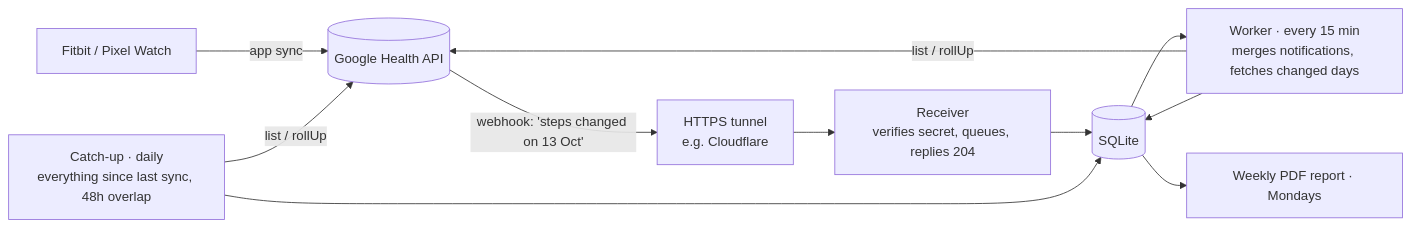
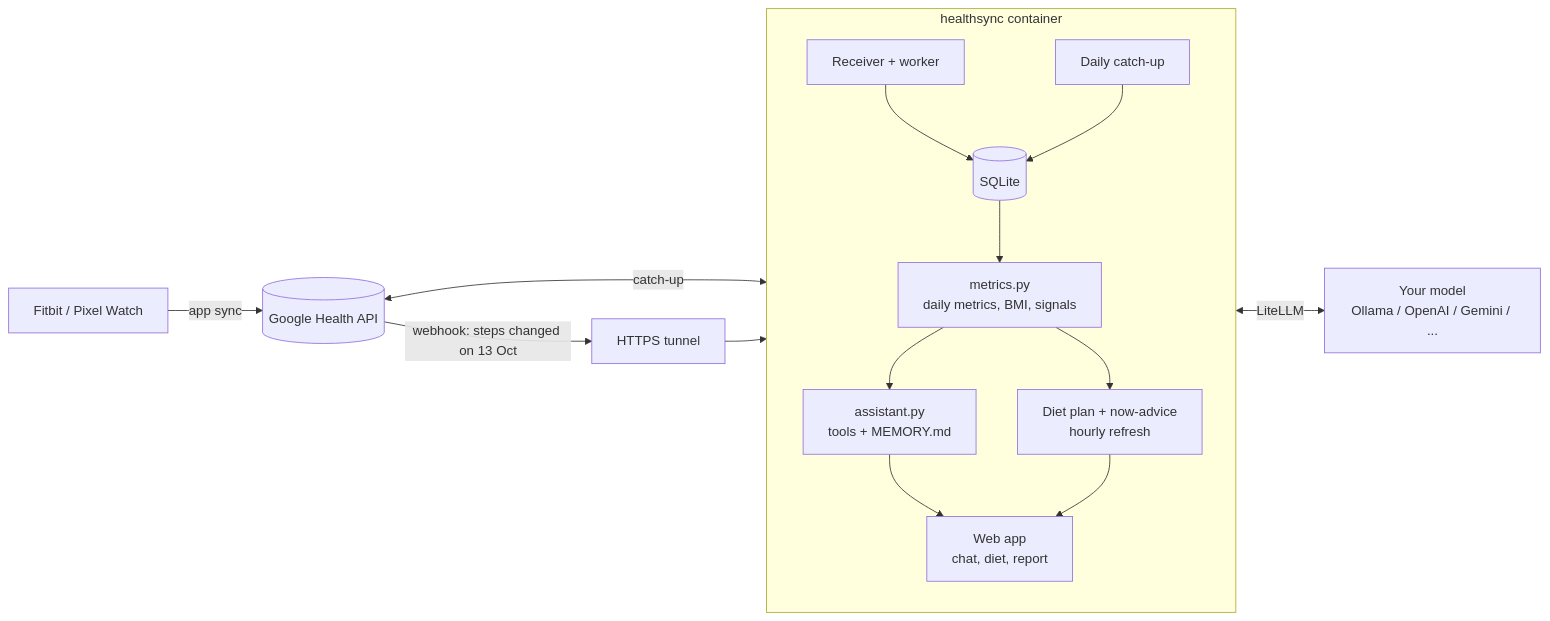
One commit to nadeemcite/google-health-sync changed the diagram in README.md. Above: the diagram before and after it, drawn with Mermaid. The commit also changed other lines of this file and 6 other files, not shown here.

First line of the commit message:
Rewrite the README and add a full setup tutorial, architecture and config docs

````diff
--- a/README.md
+++ b/README.md
@@ -33,13 +90,18 @@
 ```mermaid
 flowchart LR
-    W[Fitbit / Pixel Watch] -->|app sync| G[(Google Health API)]
-    G -- "webhook: 'steps changed on 13 Oct'" --> T[HTTPS tunnel<br/>e.g. Cloudflare]
-    T --> R[Receiver<br/>verifies secret, queues, replies 204]
-    R --> Q[(SQLite)]
-    Q --> K[Worker · every 15 min<br/>merges notifications, fetches changed days]
-    K -->|list / rollUp| G
-    C[Catch-up · daily<br/>everything since last sync, 48h overlap] -->|list / rollUp| G
-    K --> Q
-    C --> Q
-    Q --> P[Weekly PDF report · Mondays]
+  W[Fitbit / Pixel Watch] -->|app sync| G[(Google Health API)]
+  G -- "webhook: steps changed on 13 Oct" --> T[HTTPS tunnel]
+  T --> S
+  subgraph S [healthsync container]
+    direction TB
+    R[Receiver + worker] --> DB[(SQLite)]
+    C[Daily catch-up] --> DB
+    DB --> M[metrics.py<br/>daily metrics, BMI, signals]
+    M --> A[assistant.py<br/>tools + MEMORY.md]
+    M --> P[Diet plan + now-advice<br/>hourly refresh]
+    A --> UI[Web app<br/>chat, diet, report]
+    P --> UI
+  end
+  A <-->|LiteLLM| L[Your model<br/>Ollama / OpenAI / Gemini / ...]
+  G <-->|catch-up| C
 ```
````
